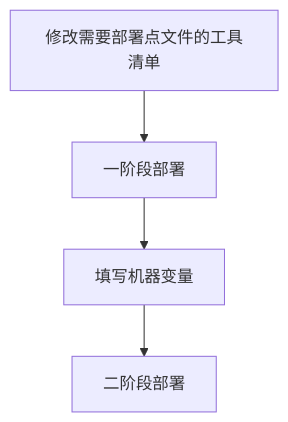
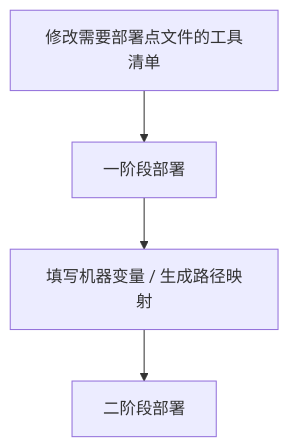
Before and after one commit to Juemuren/.dotfiles: the fourth of 4 diagrams in .docs/BOOTSTRAP.md, drawn with Mermaid. The commit also changed 4 other files, not shown here.

````diff
--- a/.docs/BOOTSTRAP.md
+++ b/.docs/BOOTSTRAP.md
@@ -67,7 +67,7 @@
 ```mermaid
 flowchart TD
   T0["修改需要部署点文件的工具清单"]
     --> T1["一阶段部署"]
-    --> T2["填写机器变量"]
+    --> T2["填写机器变量 / 生成路径映射"]
     --> T3["二阶段部署"]
 ```
````
